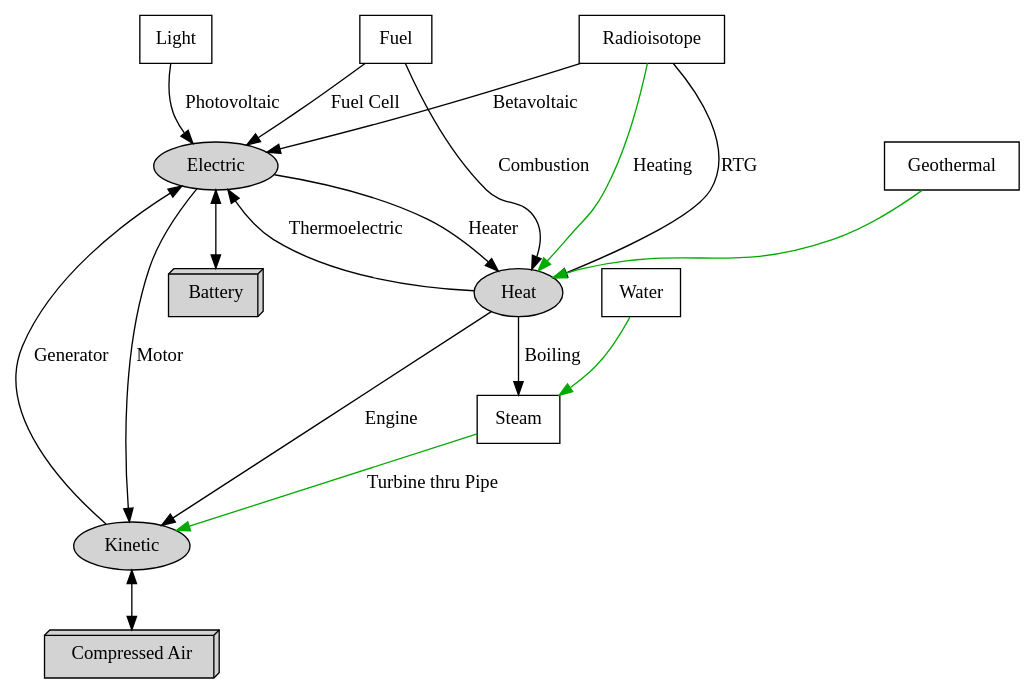
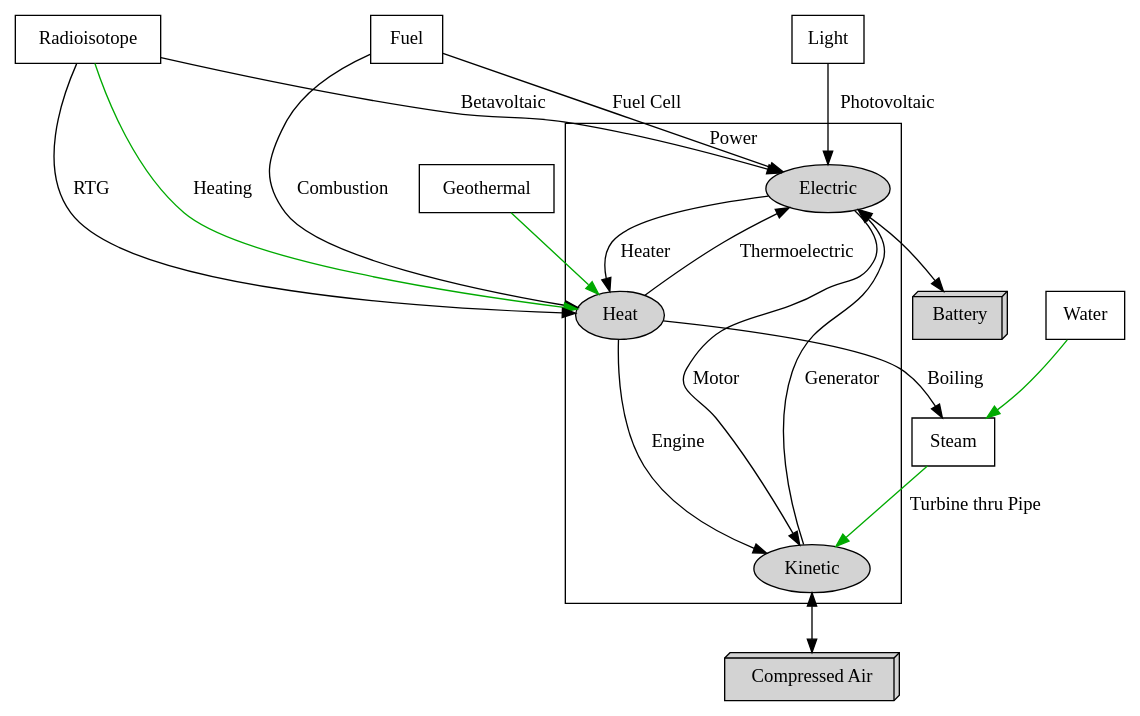
One commit to curioustorvald/Terrarum changed the diagram in work_files/energy_flow.gv. Above: the diagram before and after it, drawn with Graphviz. The commit also changed 6 other files, not shown here.

```diff
--- a/work_files/energy_flow.gv
+++ b/work_files/energy_flow.gv
@@ -1,57 +1,56 @@
 digraph EnergyFlow {
+    labelfloat = true;
+    ranksep = 0.6;
+    nodesep = 0.4;
+    sep = 1.0;
+    overlap = voronoi;
+    splines = true;
+    newrank=true;
 
     subgraph power_source { // remove cluster_ to not visualize
         node [shape=box];
         label = Source;
 
         Light;
         Fuel;
         Steam;
         Radioisotope;
         Geothermal;
         Water;
     }
 
-    subgraph power {
+    subgraph cluster_power {
         node [style=filled];
         label = Power;
 
         Electric -> Kinetic [label=Motor];
         Electric -> Heat [label=Heater];
         Kinetic -> Electric [label=Generator];
         Heat -> Electric [label=Thermoelectric];
         Heat -> Kinetic [label=Engine, weight = 0.1];
     }
 
     subgraph power_storage {
         node [style=filled, shape=box3d];
         label = Storage;
 
         Battery;
         "Compressed Air";
     }
 
     Radioisotope -> Heat [label=Heating, color="#00aa00"];
     Radioisotope -> Heat [label=RTG];
     Radioisotope -> Electric [label=Betavoltaic];
     
     Fuel -> Heat [label=Combustion];
     Fuel -> Electric [label="Fuel Cell"];
     Light -> Electric [label=Photovoltaic];
     //Light -> Heat [label="Thermal Energy", color="#00aa00"];
     Heat -> Steam [label=Boiling, weight = 2.0];
     Water -> Steam [color="#00aa00"];
     Steam -> Kinetic [label="Turbine thru Pipe", color="#00aa00", weight = 2.2];
     Geothermal -> Heat [color="#00aa00"];
 
     Electric -> Battery [dir=both, weight = 16.0];
     Kinetic -> "Compressed Air" [dir=both];
-    
-    
-    labelfloat = true;
-    ranksep = 0.6;
-    nodesep = 0.4;
-    sep = 1.0;
-    overlap = voronoi;
-    splines = true;
 }
```
